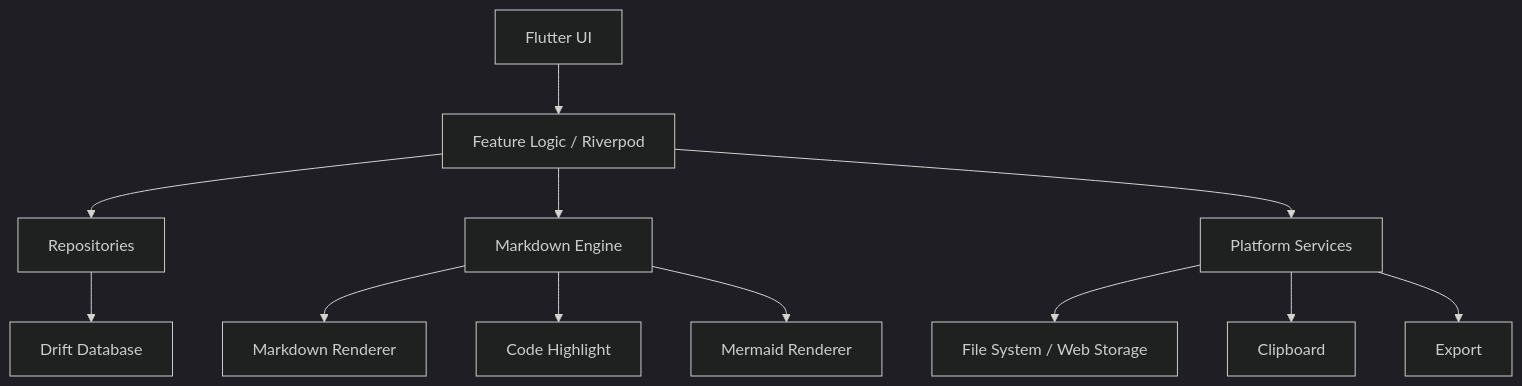
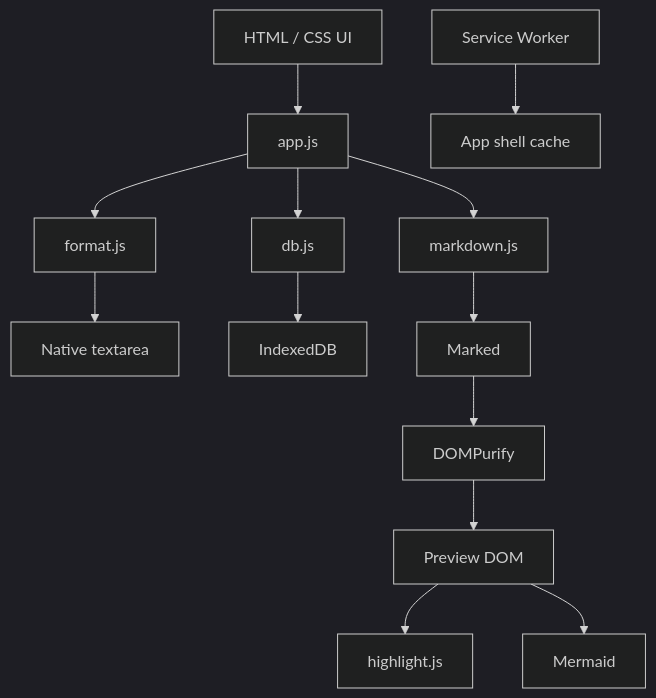
Before and after one commit to namnth2000/mote: the diagram in docs/Architecture_Design.md, drawn with Mermaid (dark theme). The commit also changed other lines of this file and 21 other files, not shown here.

````diff
--- a/docs/Architecture_Design.md
+++ b/docs/Architecture_Design.md
@@ -16,14 +23,15 @@
 ```mermaid
 flowchart TD
-    UI[Flutter UI] --> F[Feature Logic / Riverpod]
-    F --> R[Repositories]
-    R --> DB[Drift Database]
-    F --> M[Markdown Engine]
-    F --> P[Platform Services]
-    M --> MR[Markdown Renderer]
-    M --> CD[Code Highlight]
-    M --> MM[Mermaid Renderer]
-    P --> FS[File System / Web Storage]
-    P --> CB[Clipboard]
-    P --> EX[Export]
+    UI[HTML / CSS UI] --> APP[app.js]
+    APP --> EDIT[format.js]
+    APP --> DB[db.js]
+    APP --> MD[markdown.js]
+    EDIT --> TA[Native textarea]
+    DB --> IDB[IndexedDB]
+    MD --> PARSE[Marked]
+    PARSE --> SAFE[DOMPurify]
+    SAFE --> PREVIEW[Preview DOM]
+    PREVIEW --> CODE[highlight.js]
+    PREVIEW --> MERMAID[Mermaid]
+    SW[Service Worker] --> CACHE[App shell cache]
 ```
````
